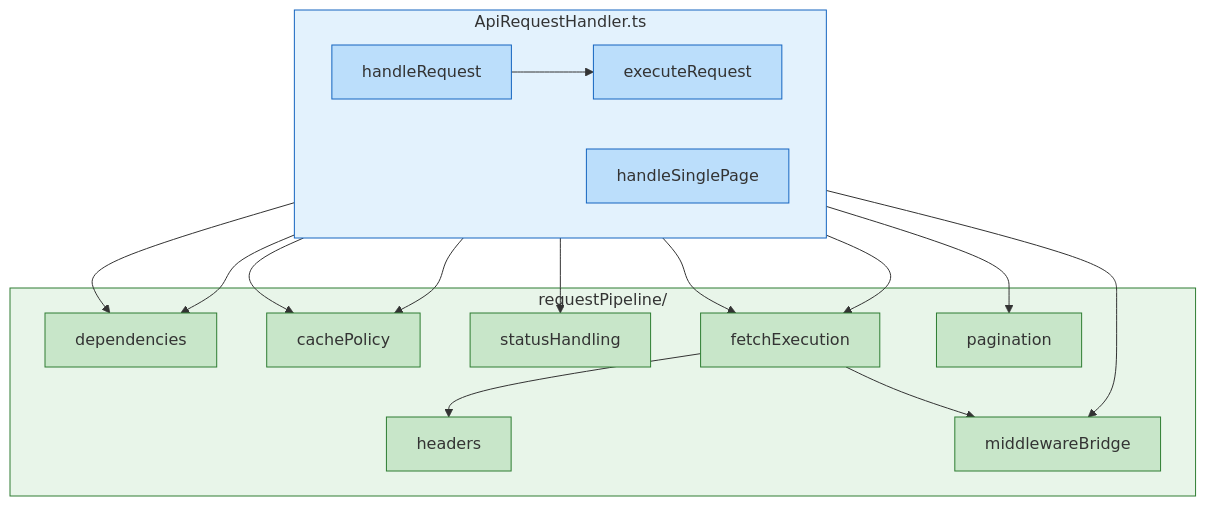
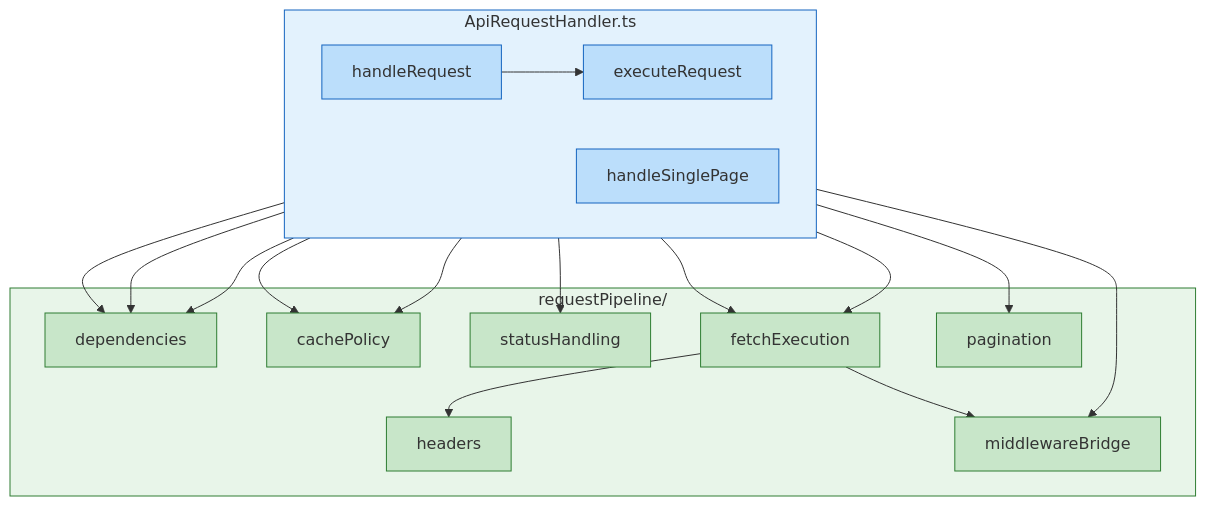
The third of 15 diagrams in guides/ARCHITECTURE.md (lgriffin/ESI.ts), drawn with Mermaid before and after one commit. The commit also changed other lines of this file and 14 other files, not shown here.

````diff
--- a/guides/ARCHITECTURE.md
+++ b/guides/ARCHITECTURE.md
@@ -137,45 +161,46 @@
 ```mermaid
 flowchart TB
     subgraph coordinator ["ApiRequestHandler.ts"]
         direction LR
         handleReq["handleRequest"]
         handleSingle["handleSinglePage"]
         execReq["executeRequest"]
     end
 
     subgraph pipelineMods ["requestPipeline/"]
         deps["dependencies"]
         headers["headers"]
         cache["cachePolicy"]
         status["statusHandling"]
         mwBridge["middlewareBridge"]
         fetchExec["fetchExecution"]
         pagOrch["pagination"]
     end
 
     handleReq --> cache
     handleReq --> deps
+    execReq --> deps
     handleReq --> execReq
     handleSingle --> fetchExec
     handleSingle --> deps
     execReq --> fetchExec
     execReq --> status
     execReq --> cache
     execReq --> pagOrch
     execReq --> mwBridge
     fetchExec --> headers
     fetchExec --> mwBridge
 
     style coordinator fill:#e3f2fd,stroke:#1565c0
     style pipelineMods fill:#e8f5e9,stroke:#2e7d32
     style handleReq fill:#bbdefb,stroke:#1565c0
     style handleSingle fill:#bbdefb,stroke:#1565c0
     style execReq fill:#bbdefb,stroke:#1565c0
     style deps fill:#c8e6c9,stroke:#2e7d32
     style headers fill:#c8e6c9,stroke:#2e7d32
     style cache fill:#c8e6c9,stroke:#2e7d32
     style status fill:#c8e6c9,stroke:#2e7d32
     style mwBridge fill:#c8e6c9,stroke:#2e7d32
     style fetchExec fill:#c8e6c9,stroke:#2e7d32
     style pagOrch fill:#c8e6c9,stroke:#2e7d32
 ```
````
